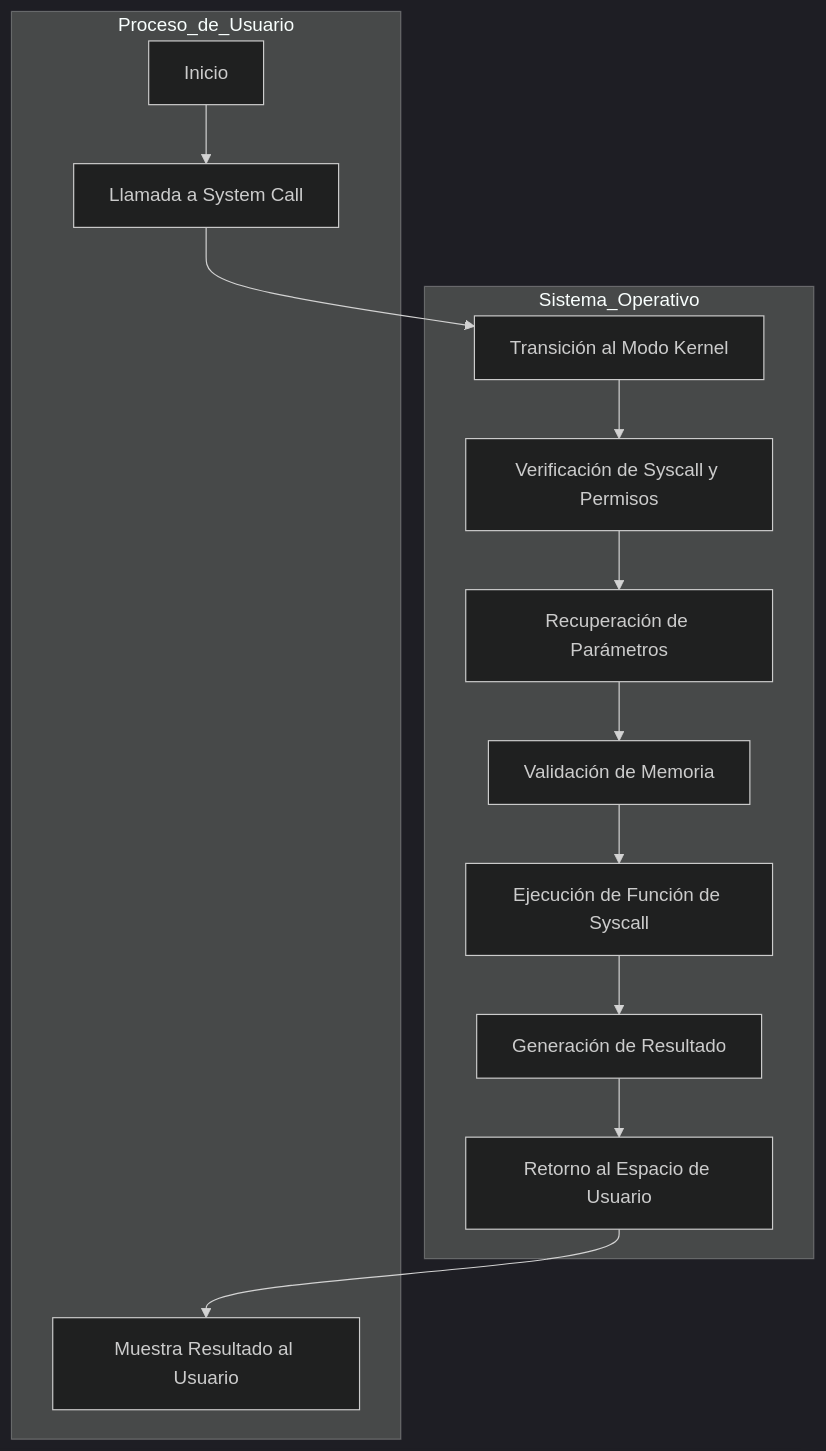
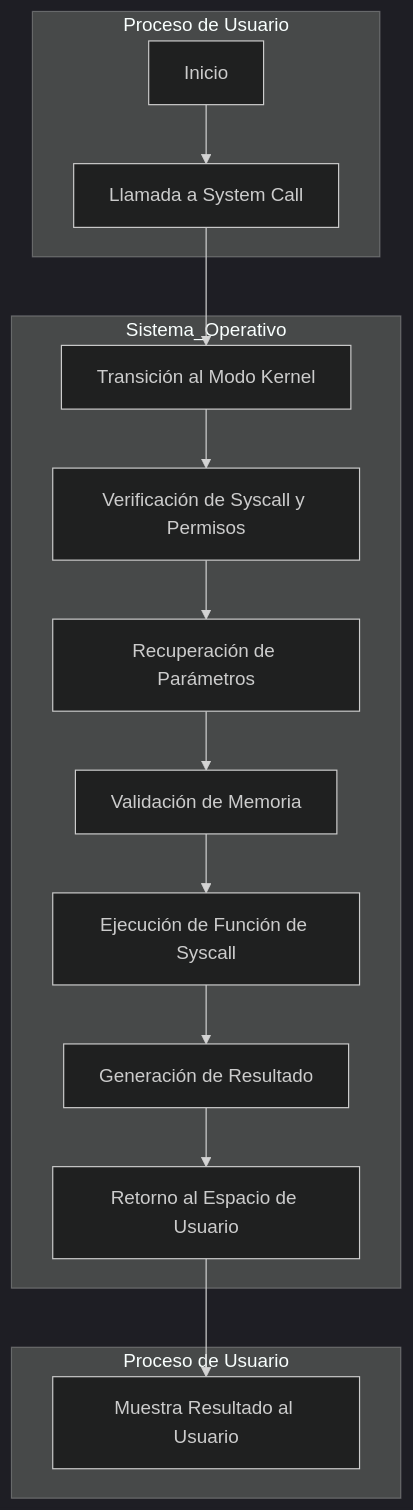
The diagram in README.md (nickolasnolte1/OS-SysCall), drawn with Mermaid (dark theme) before and after one commit.

````diff
--- a/README.md
+++ b/README.md
@@ -25,18 +25,18 @@
 ```mermaid
 graph TD;
-    subgraph Proceso_de_Usuario
+    subgraph Proceso de Usuario
         A[Inicio] --> B[Llamada a System Call]
     end
     subgraph Sistema_Operativo
         B --> C[Transición al Modo Kernel]
         C --> D[Verificación de Syscall y Permisos]
         D --> E[Recuperación de Parámetros]
         E --> F[Validación de Memoria]
         F --> G[Ejecución de Función de Syscall]
         G --> H[Generación de Resultado]
         H --> I[Retorno al Espacio de Usuario]
     end
-    subgraph Proceso_de_Usuario
+    subgraph Proceso de Usuario
         I --> J[Muestra Resultado al Usuario]
     end
 ```
````
